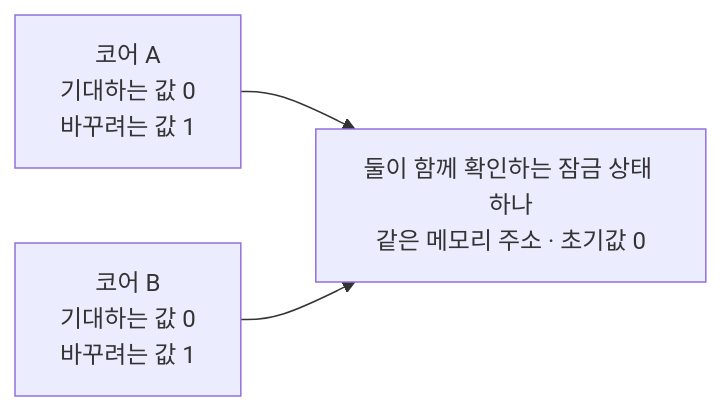
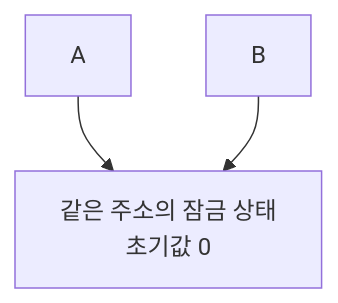
The third of 4 diagrams in content/posts/last-stock-ordering.md (owencity/owencity.github.io), drawn with Mermaid before and after one commit. The commit also changed other lines of this file and 1 other file, not shown here.

````diff
--- a/content/posts/last-stock-ordering.md
+++ b/content/posts/last-stock-ordering.md
@@ -96,5 +68,5 @@
 ```mermaid
-flowchart LR
-    A["코어 A<br/>기대하는 값 0<br/>바꾸려는 값 1"] --> L["둘이 함께 확인하는 잠금 상태 하나<br/>같은 메모리 주소 · 초기값 0"]
-    B["코어 B<br/>기대하는 값 0<br/>바꾸려는 값 1"] --> L
+flowchart TD
+    A["A"] --> L["같은 주소의 잠금 상태<br/>초기값 0"]
+    B["B"] --> L
 ```
````
